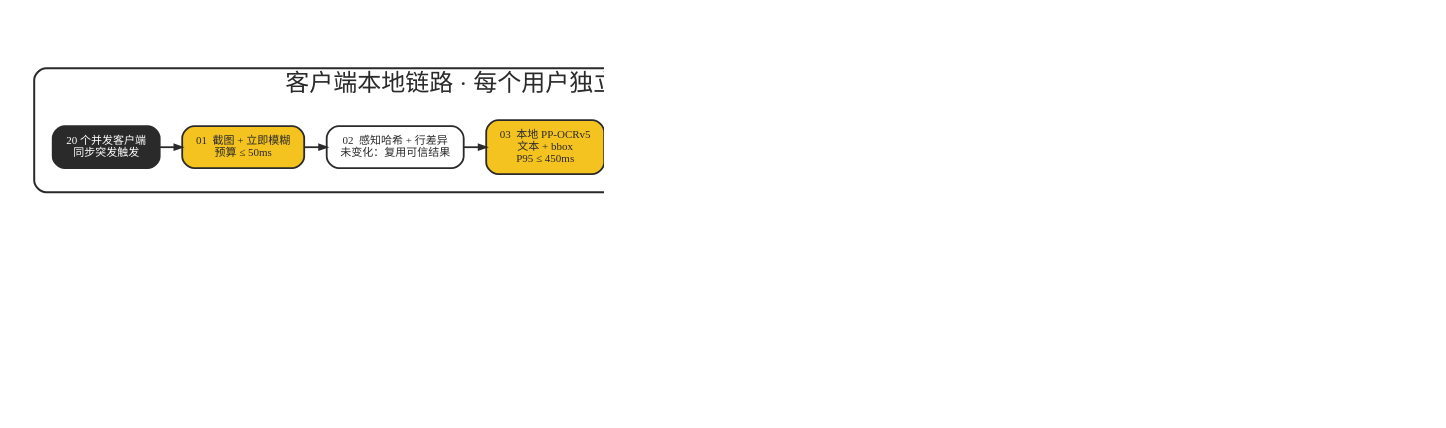
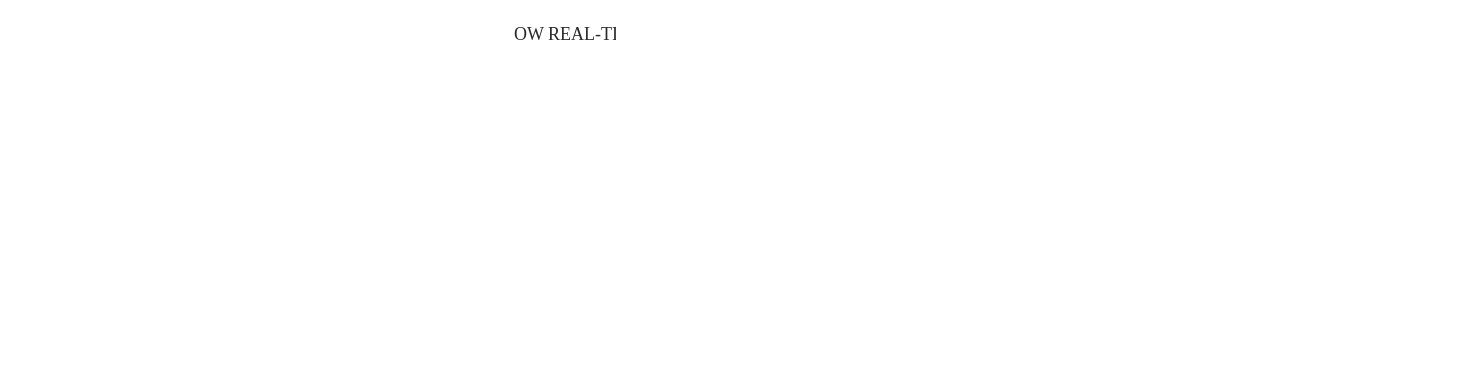
One commit to Donutcheese/overwatch_translate_tool changed the diagram in docs/architecture/translation_route.dot. Above: the diagram before and after it, drawn with Graphviz. The commit also changed 2 other files, not shown here.

Commit message:
style(文档): 美化技术路线图与泳道布局

```diff
--- a/docs/architecture/translation_route.dot
+++ b/docs/architecture/translation_route.dot
@@ -1,70 +1,77 @@
 // OW 翻译工具技术路线
 digraph ow_translation_route {
-	bgcolor="#ffffff" compound=true dpi=180 fontcolor="#2a2a2a" fontname="Microsoft YaHei" fontsize=24 label="20 人并发 · 端到端 P95 ≤ 2s" labelloc=t newrank=true nodesep=0.30 pad=0.35 rankdir=TB ranksep=0.62 splines=ortho
-	node [color="#2a2a2a" fillcolor="#f4c320" fontcolor="#2a2a2a" fontname="Microsoft YaHei" fontsize=11 margin="0.16,0.12" penwidth=1.8 shape=box style="rounded,filled"]
-	edge [arrowsize=0.75 color="#2a2a2a" fontcolor="#2a2a2a" fontname="Microsoft YaHei" fontsize=9 penwidth=1.8]
+	bgcolor="#ffffff" compound=true dpi=180 fontcolor="#2a2a2a" fontname="Microsoft YaHei" fontsize=18 label="OW REAL-TIME TRANSLATION  /  20 CONCURRENT  /  P95 ≤ 2s" labelloc=t newrank=true nodesep=0.24 outputorder=edgesfirst pad=0.28 rankdir=TB ranksep=0.48 splines=ortho
+	node [color="#2a2a2a" fillcolor="#f4c320" fixedsize=true fontcolor="#2a2a2a" fontname="Microsoft YaHei" fontsize=10 height=0.88 margin="0.12,0.08" penwidth=1.5 shape=box style="rounded,filled" width=2.12]
+	edge [arrowsize=0.68 color="#2a2a2a" penwidth=1.5]
 	subgraph cluster_client {
-		bgcolor="#ffffff" color="#2a2a2a" fontcolor="#2a2a2a" label="客户端本地链路 · 每个用户独立执行" margin=18 penwidth=2 style=rounded
+		bgcolor="#ffffff" color="#2a2a2a" fontcolor="#2a2a2a" fontsize=12 label="A  /  CLIENT LOCAL PIPELINE  /  客户端本地感知" labeljust=l margin=14 penwidth=1.2 style=rounded
 		{
 			rank=same
-			users [label="20 个并发客户端
-同步突发触发" fillcolor="#2a2a2a" fontcolor="#ffffff"]
-			capture [label="01  截图 + 立即模糊
-预算 ≤ 50ms"]
-			delta [label="02  感知哈希 + 行差异
-未变化：复用可信结果" fillcolor="#ffffff"]
-			ocr [label="03  本地 PP-OCRv5
-文本 + bbox
+			capture [label="01  CAPTURE
+截图并立即模糊
+≤ 50ms" fillcolor="#2a2a2a" fontcolor="#ffffff"]
+			delta [label="02  DELTA
+感知哈希 + 行差异
+未变化则直接复用" fillcolor="#ffffff"]
+			ocr [label="03  LOCAL OCR
+PP-OCRv5 + bbox
 P95 ≤ 450ms"]
-			quality [label="04  OCR 质量门控
-置信度 ≥ 0.90" fillcolor="#ffffff"]
-			classify [label="05  bbox 颜色采样
-频道分类 + 新增行提取"]
+			quality [label="04  QUALITY GATE
+置信度 ≥ 0.90
+低分进入 OCR 回退" fillcolor="#ffffff"]
+			classify [label="05  EXTRACT
+bbox 颜色采样
+频道分类 + 新增行"]
 		}
-		users -> capture
 		capture -> delta
 		delta -> ocr
 		ocr -> quality
 		quality -> classify
 	}
 	subgraph cluster_gateway {
-		bgcolor="#ffffff" color="#2a2a2a" fontcolor="#2a2a2a" label="缓存与中心翻译链路 · 仅发送新增文本" margin=18 penwidth=2 style=rounded
+		bgcolor="#ffffff" color="#2a2a2a" fontcolor="#2a2a2a" fontsize=12 label="B  /  CACHE & TRANSLATE  /  缓存与中心翻译" labeljust=l margin=14 penwidth=1.2 style=rounded
 		{
 			rank=same
-			local_cache [label="06  本地词典 / SQLite
-命中即返回 < 10ms" fillcolor="#2a2a2a" fontcolor="#ffffff"]
-			api [label="07  FastAPI 网关
-认证 · 限流 · Deadline"]
-			redis [label="08  Redis 全局缓存
-请求合并 < 10ms" fillcolor="#2a2a2a" fontcolor="#ffffff"]
-			gpu [label="09  GPU 本地翻译
+			render [label="10  OVERLAY
+原位覆盖译文
+端到端 P95 ≤ 2s" fillcolor="#2a2a2a" fontcolor="#ffffff"]
+			gpu [label="09  GPU TRANSLATE
 动态批处理 ≤ 20
 P95 ≤ 650ms"]
-			render [label="10  原位覆盖译文
-端到端 P95 ≤ 2s" fillcolor="#2a2a2a" fontcolor="#ffffff"]
+			redis [label="08  REDIS
+全局缓存 + 请求合并
+< 10ms" fillcolor="#2a2a2a" fontcolor="#ffffff"]
+			api [label="07  API GATEWAY
+认证 + 限流
+Deadline 传播"]
+			local_cache [label="06  LOCAL CACHE
+词典 + SQLite
+命中即返回 < 10ms" fillcolor="#2a2a2a" fontcolor="#ffffff"]
 		}
-		local_cache -> api
-		api -> redis
-		redis -> gpu
-		gpu -> render
+		render -> gpu [style=invis weight=100]
+		gpu -> redis [style=invis weight=100]
+		redis -> api [style=invis weight=100]
+		api -> local_cache [style=invis weight=100]
+		local_cache -> api [constraint=false]
+		api -> redis [constraint=false]
+		redis -> gpu [constraint=false]
+		gpu -> render [constraint=false]
 	}
 	subgraph cluster_guardrail {
-		bgcolor="#ffffff" color="#2a2a2a" fontcolor="#2a2a2a" label="质量回退与可观测性 · 不阻塞首屏" margin=16 penwidth=1.6 style="rounded,dashed"
+		bgcolor="#ffffff" color="#2a2a2a" fontcolor="#2a2a2a" fontsize=11 label="C  /  GUARDRAILS  /  回退与可观测性（不阻塞首屏）" labeljust=l margin=14 penwidth=1.2 style=rounded
 		{
 			rank=same
-			glm [label="OCR 低置信度
-GLM-OCR 回退 ≤ 700ms
-成功后进入步骤 05" fillcolor="#ffffff"]
-			metrics [label="Prometheus / Grafana
-P50 · P95 · P99
-429 · CER · bbox IoU" fillcolor="#2a2a2a" fontcolor="#ffffff"]
-			deepseek [label="翻译低置信度
-DeepSeek V4 Flash 异步纠错
-下一帧修正 · thinking=disabled" fillcolor="#ffffff"]
+			glm [label="FROM 04  /  OCR FALLBACK
+GLM-OCR ≤ 700ms
+成功后进入步骤 05" fillcolor="#ffffff" width=3.68]
+			metrics [label="FROM 07  /  OBSERVE
+P50 · P95 · P99 · 429
+CER · bbox IoU" fillcolor="#2a2a2a" fontcolor="#ffffff" width=3.68]
+			deepseek [label="FROM 10  /  ASYNC REFINE
+DeepSeek V4 Flash
+下一帧修正 · thinking off" fillcolor="#ffffff" width=3.68]
 		}
 	}
-	classify -> local_cache [lhead=cluster_gateway ltail=cluster_client]
-	quality -> glm [constraint=false style=dashed]
-	api -> metrics [style=dashed]
-	render -> deepseek [style=dashed]
+	classify -> local_cache [headport=n lhead=cluster_gateway ltail=cluster_client tailport=s]
+	render -> glm [style=invis weight=100]
 }
```
